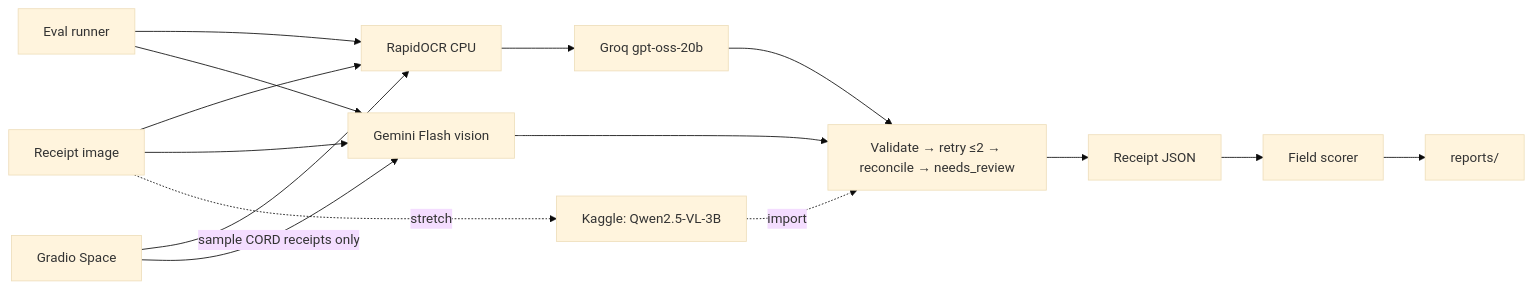
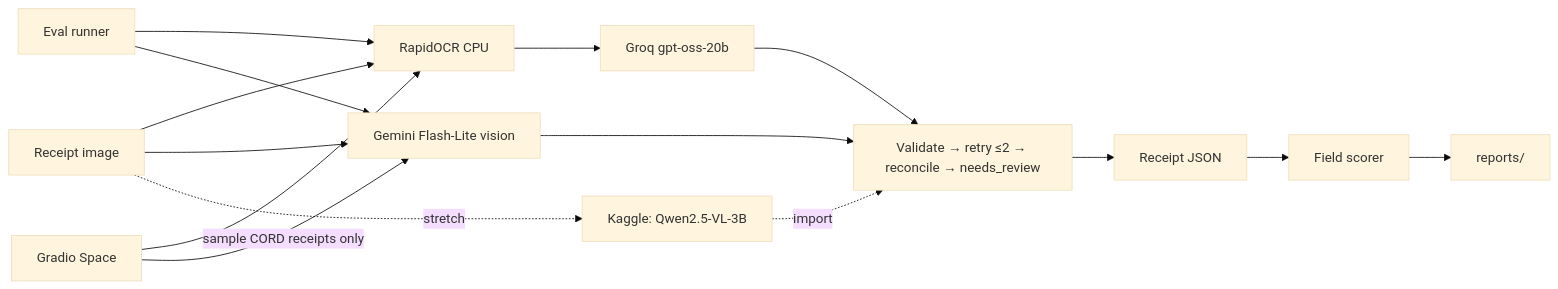
One commit to Udai30/receipt-extractor changed the diagram in TRD.md. Above: the diagram before and after it, drawn with Mermaid (base theme). The commit also changed other lines of this file and 84 other files, not shown here.

````diff
--- a/TRD.md
+++ b/TRD.md
@@ -28,11 +28,11 @@
 ```mermaid
 flowchart LR
     IMG[Receipt image] --> A1[RapidOCR CPU] --> A2[Groq gpt-oss-20b] --> V
-    IMG --> B1[Gemini Flash vision] --> V
+    IMG --> B1[Gemini Flash-Lite vision] --> V
     IMG -. stretch .-> C1[Kaggle: Qwen2.5-VL-3B] -. import .-> V
     V[Validate → retry ≤2 → reconcile → needs_review] --> R[Receipt JSON]
     EV[Eval runner] --> A1 & B1
     R --> SC[Field scorer] --> REP[reports/]
     UI[Gradio Space] --> A1
     UI -->|sample CORD receipts only| B1
 ```
````
